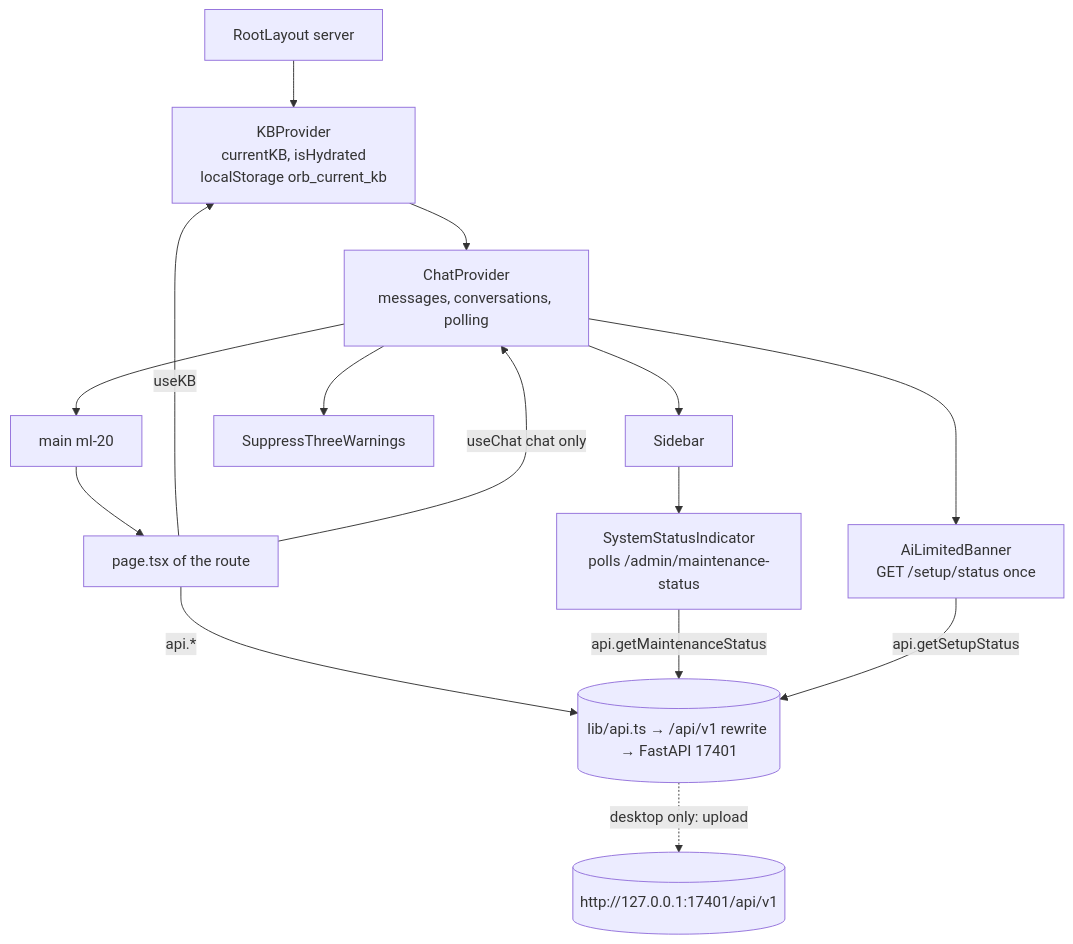
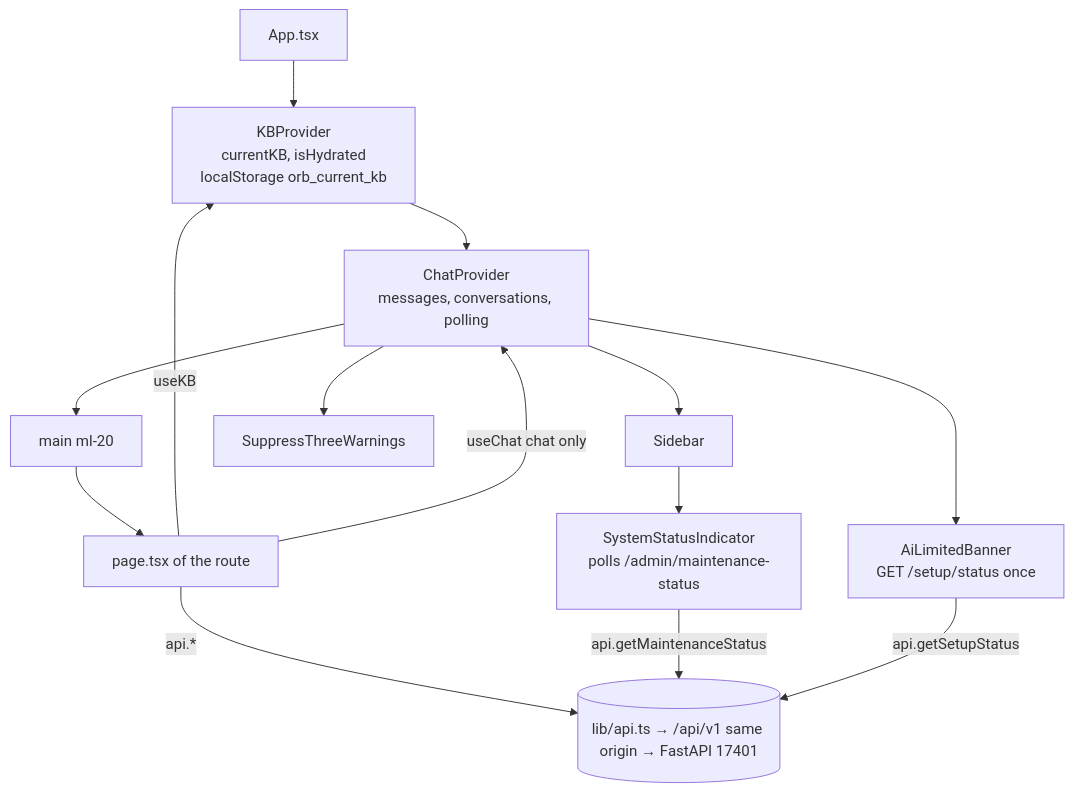
One commit to josetseph/Orb changed the first of 2 diagrams in Docs/18-frontend-architecture.md. Above: the diagram before and after it, drawn with Mermaid. The commit also changed other lines of this file and 205 other files, not shown here.

````diff
--- a/Docs/18-frontend-architecture.md
+++ b/Docs/18-frontend-architecture.md
@@ -350,17 +324,16 @@
 ```mermaid
 flowchart TD
-  L[RootLayout server] --> KB[KBProvider<br/>currentKB, isHydrated<br/>localStorage orb_current_kb]
+  L[App.tsx] --> KB[KBProvider<br/>currentKB, isHydrated<br/>localStorage orb_current_kb]
   KB --> CH[ChatProvider<br/>messages, conversations, polling]
   CH --> S[Sidebar]
   S --> SSI[SystemStatusIndicator<br/>polls /admin/maintenance-status]
   CH --> M[main ml-20]
   M --> P[page.tsx of the route]
   CH --> B[AiLimitedBanner<br/>GET /setup/status once]
   CH --> W[SuppressThreeWarnings]
   P -->|useKB| KB
   P -->|useChat chat only| CH
-  P -->|api.*| API[(lib/api.ts → /api/v1 rewrite → FastAPI 17401)]
+  P -->|api.*| API[(lib/api.ts → /api/v1 same origin → FastAPI 17401)]
   SSI -->|api.getMaintenanceStatus| API
   B -->|api.getSetupStatus| API
-  API -.->|desktop only: upload| DIRECT[(http://127.0.0.1:17401/api/v1)]
 ```
````
